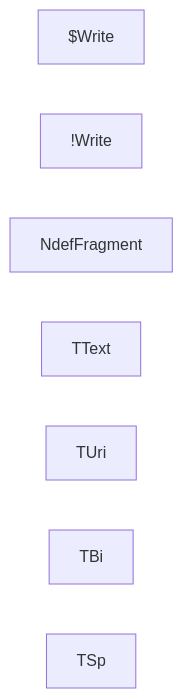
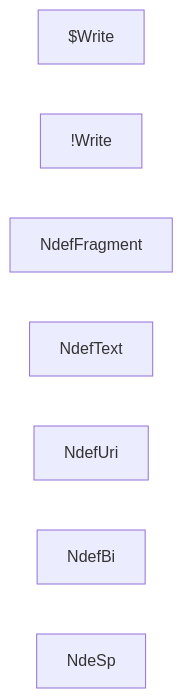
Before and after one commit to gordianknotC/nxp_note: the diagram in nxp/Demo.md, drawn with Mermaid. The commit also changed other lines of this file, not shown here.

Commit message:
nxp/Demo.md updated from https://stackedit.io/

````diff
--- a/nxp/Demo.md
+++ b/nxp/Demo.md
@@ -7,10 +7,10 @@
 ``` mermaid
 graph LR
 $Write
 !Write
 NdefFragment
-TText
-TUri
-TBi
-TSp
+NdefText
+NdefUri
+NdefBi
+NdeSp
 ```
````
